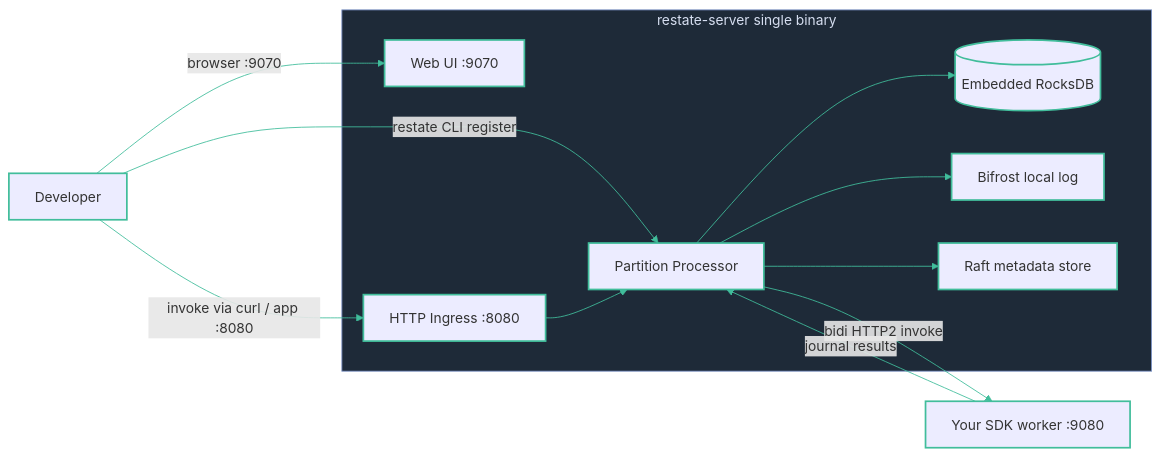
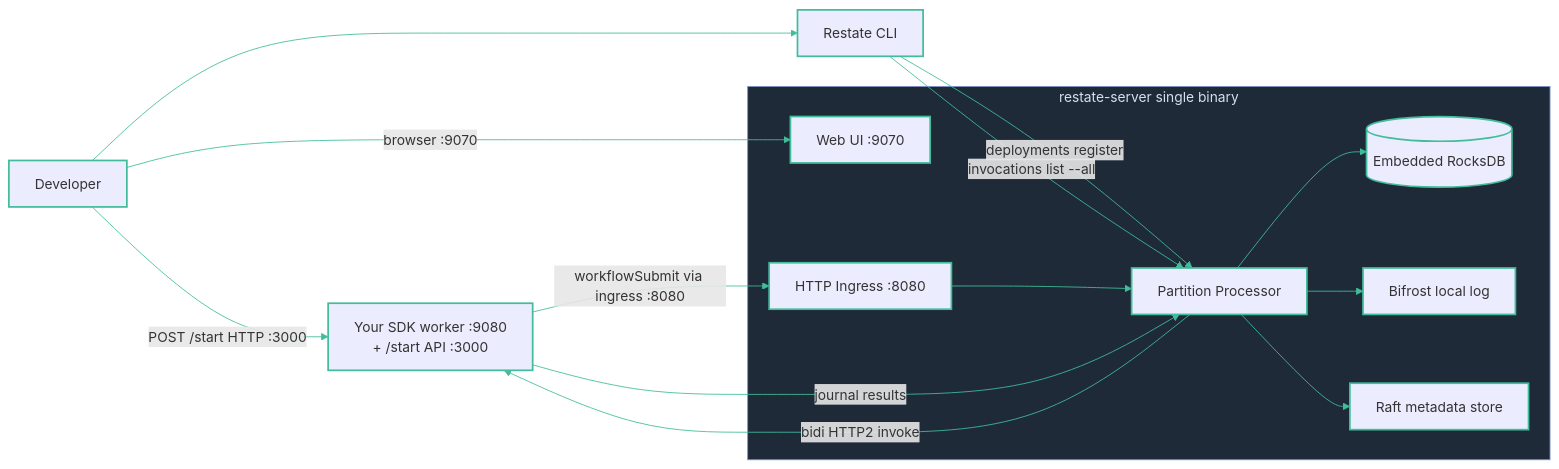
The diagram in slides/05-demo/06-restate-diagram.md (diagrid-labs/durable-execution-battle), drawn with Mermaid before and after one commit. The commit also changed other lines of this file, not shown here.

Commit message:
Update Restate diagram

````diff
--- a/slides/05-demo/06-restate-diagram.md
+++ b/slides/05-demo/06-restate-diagram.md
@@ -3,23 +3,28 @@
 ```mermaid
 graph LR
-  Dev[Developer] -->|restate CLI register| Proc
+  Dev[Developer] -->|POST /start HTTP :3000| Worker
   Dev -->|browser :9070| UI
-  Dev -->|invoke via curl / app :8080| Ingress
+  Dev --> CLI[Restate CLI]
+  CLI -->|deployments register| Proc
+  CLI -->|invocations list --all| Proc
   subgraph Box[restate-server single binary]
     Ingress[HTTP Ingress :8080]
     Proc[Partition Processor]
     Rocks[(Embedded RocksDB)]
     Log[Bifrost local log]
     Meta[Raft metadata store]
     UI[Web UI :9070]
     Ingress --> Proc
     Proc --> Rocks
     Proc --> Log
     Proc --> Meta
   end
-  Proc -->|bidi HTTP2 invoke| Worker[Your SDK worker :9080]
+  Worker["Your SDK worker :9080
+   + /start API :3000"]
+  Worker -->|workflowSubmit via ingress :8080| Ingress
+  Proc -->|bidi HTTP2 invoke| Worker
   Worker -->|journal results| Proc
   classDef default stroke:#41bd9b,stroke-width:2px
   linkStyle default stroke:#41bd9b,stroke-width:1px
   style Box fill:#1e2a38,stroke:#7c93c7,stroke-width:1px,color:#d6def0
 ```
````
